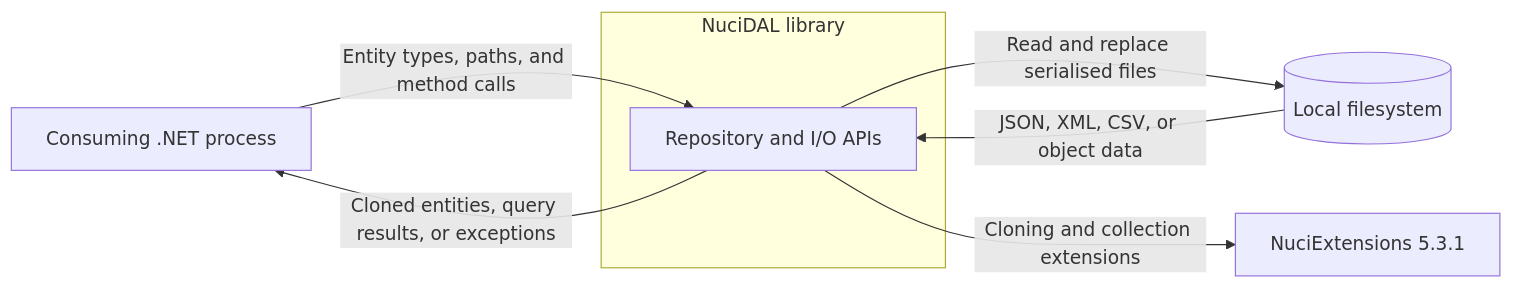
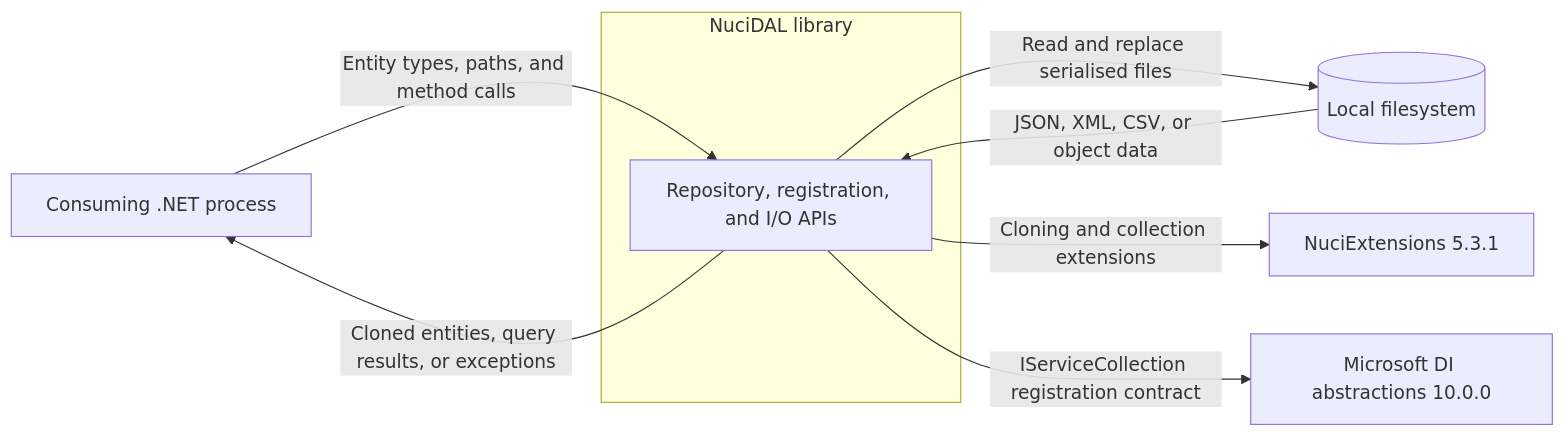
Before and after one commit to hmlendea/nucidal: the first of 8 diagrams in ARCHITECTURE.md, drawn with Mermaid. The commit also changed other lines of this file and 6 other files, not shown here.

````diff
--- a/ARCHITECTURE.md
+++ b/ARCHITECTURE.md
@@ -53,16 +55,18 @@
 ```mermaid
 flowchart LR
     Consumer["Consuming .NET process"]
     FileSystem[("Local filesystem")]
     Extensions["NuciExtensions 5.3.1"]
+    DependencyInjection["Microsoft DI abstractions 10.0.0"]
 
     subgraph NuciDALBoundary["NuciDAL library"]
-        PublicApi["Repository and I/O APIs"]
+        PublicApi["Repository, registration, and I/O APIs"]
     end
 
     Consumer -->|"Entity types, paths, and method calls"| PublicApi
     PublicApi -->|"Cloned entities, query results, or exceptions"| Consumer
     PublicApi -->|"Read and replace serialised files"| FileSystem
     FileSystem -->|"JSON, XML, CSV, or object data"| PublicApi
     PublicApi -->|"Cloning and collection extensions"| Extensions
+    PublicApi -->|"IServiceCollection registration contract"| DependencyInjection
 ```
````
